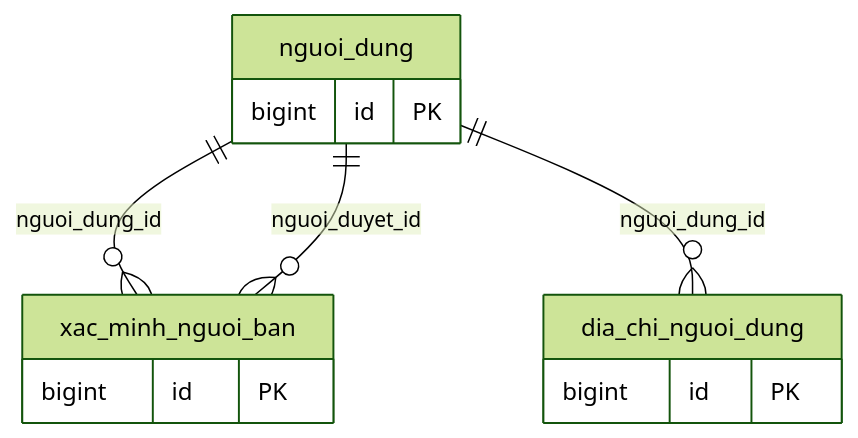
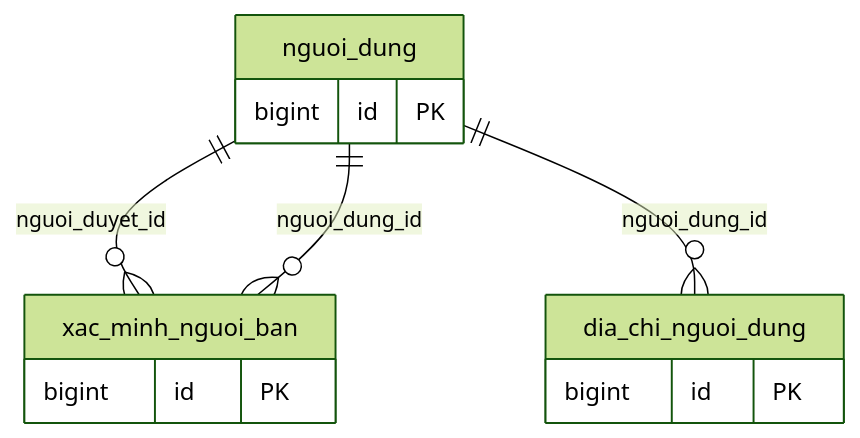
Before and after one commit to NguyenQuocViet26122005/DoAn4_HeThongDauGiaTrucTuyen: the first of 9 diagrams in co-so-du-lieu/SO-DO-QUAN-HE.md, drawn with Mermaid (forest theme). The commit also changed other lines of this file and 106 other files, not shown here.

````diff
--- a/co-so-du-lieu/SO-DO-QUAN-HE.md
+++ b/co-so-du-lieu/SO-DO-QUAN-HE.md
@@ -7,15 +7,15 @@
 ```mermaid
 erDiagram
     nguoi_dung {
         bigint id PK
     }
     xac_minh_nguoi_ban {
         bigint id PK
     }
     dia_chi_nguoi_dung {
         bigint id PK
     }
+    nguoi_dung ||--o{ xac_minh_nguoi_ban : "nguoi_duyet_id"
     nguoi_dung ||--o{ xac_minh_nguoi_ban : "nguoi_dung_id"
-    nguoi_dung ||--o{ xac_minh_nguoi_ban : "nguoi_duyet_id"
     nguoi_dung ||--o{ dia_chi_nguoi_dung : "nguoi_dung_id"
 ```
````
